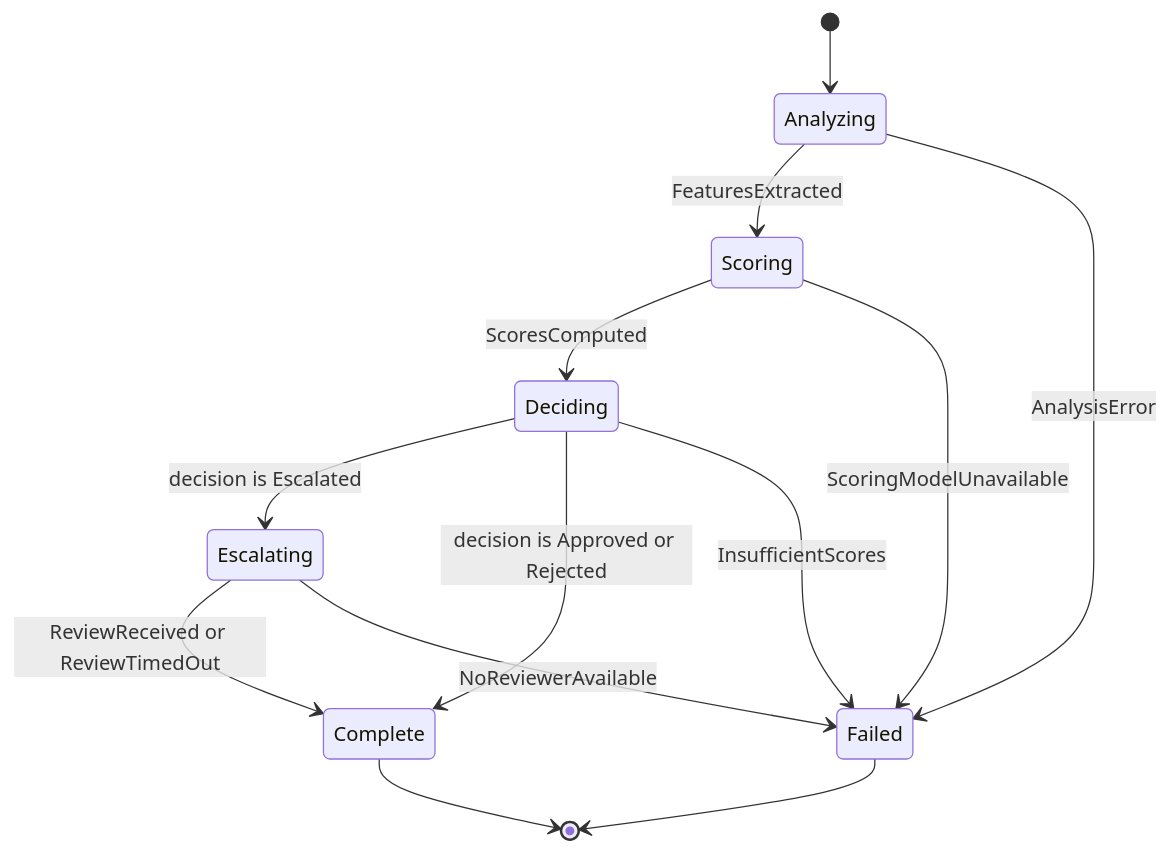
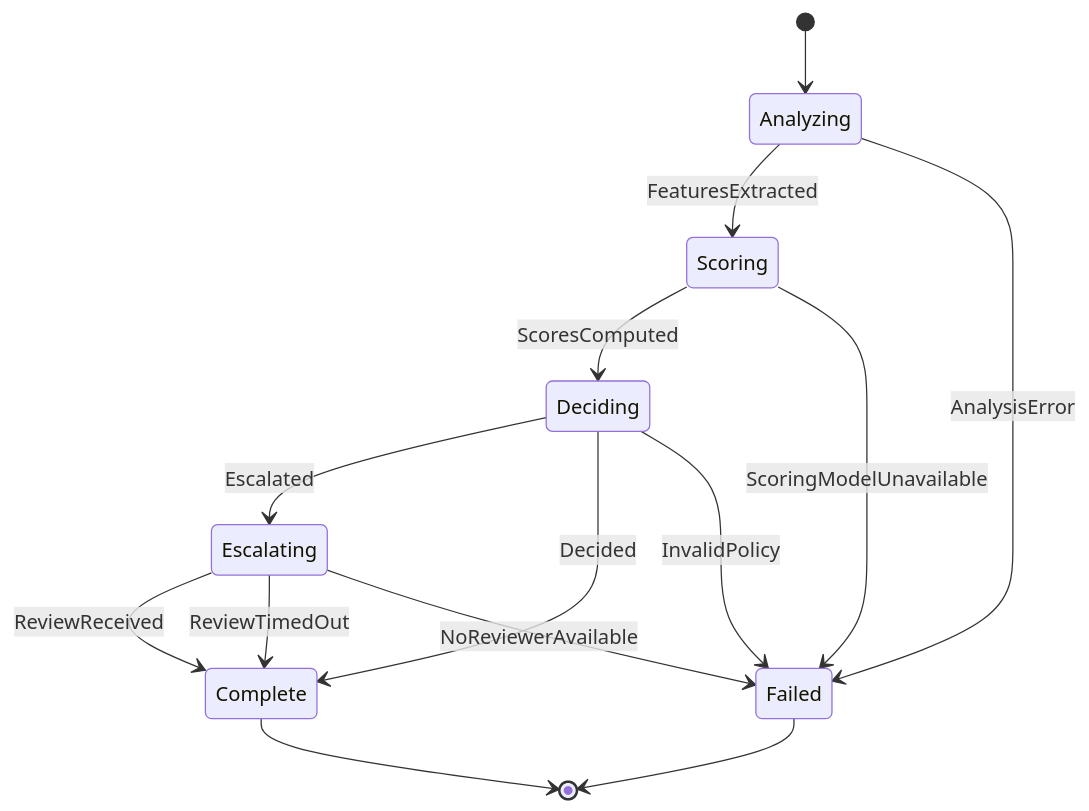
One commit to smithyai/aasdd changed the diagram in examples/content-moderation/state-machine.md. Above: the diagram before and after it, drawn with Mermaid. The commit also changed other lines of this file and 49 other files, not shown here.

````diff
--- a/examples/content-moderation/state-machine.md
+++ b/examples/content-moderation/state-machine.md
@@ -5,15 +5,16 @@
 ```mermaid
 stateDiagram-v2
     [*] --> Analyzing
     Analyzing --> Scoring: FeaturesExtracted
     Analyzing --> Failed: AnalysisError
     Scoring --> Deciding: ScoresComputed
     Scoring --> Failed: ScoringModelUnavailable
-    Deciding --> Escalating: decision is Escalated
-    Deciding --> Complete: decision is Approved or Rejected
-    Deciding --> Failed: InsufficientScores
-    Escalating --> Complete: ReviewReceived or ReviewTimedOut
+    Deciding --> Escalating: Escalated
+    Deciding --> Complete: Decided
+    Deciding --> Failed: InvalidPolicy
+    Escalating --> Complete: ReviewReceived
+    Escalating --> Complete: ReviewTimedOut
     Escalating --> Failed: NoReviewerAvailable
     Complete --> [*]
     Failed --> [*]
 ```
````
